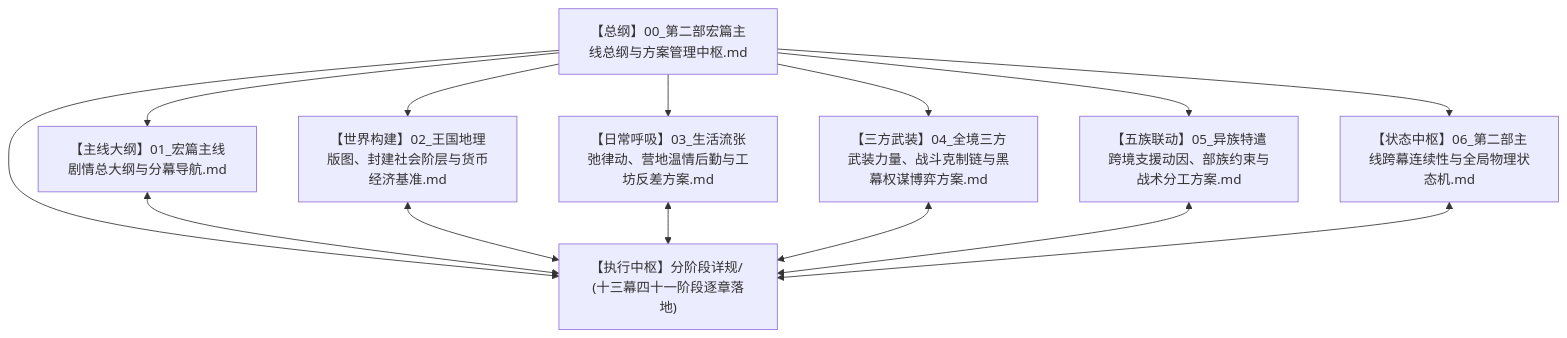
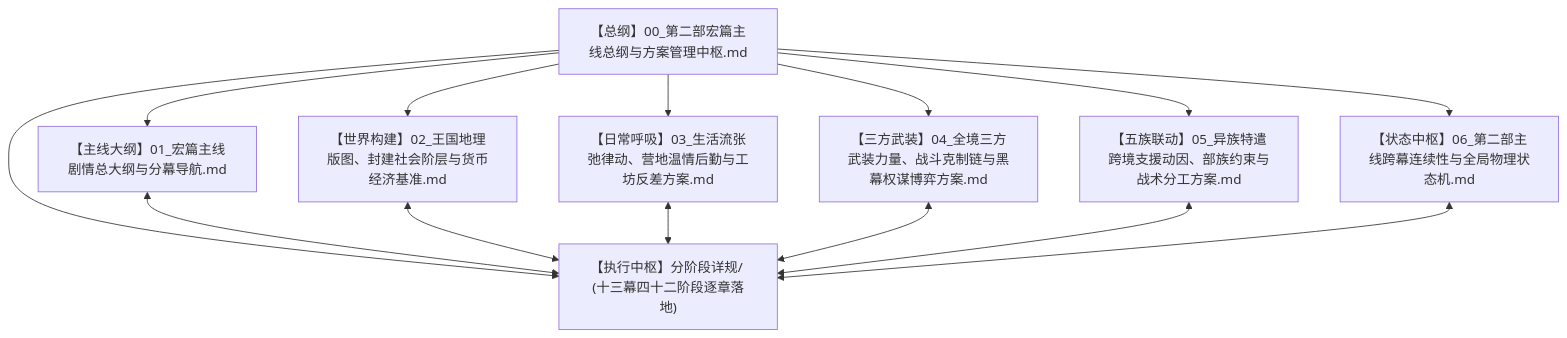
The first of 5 diagrams in 方案/第二部/主线与世界扩充方案/00_第二部宏篇主线总纲与方案管理中枢.md (soranokiseki1437/eldoria-worldbook), drawn with Mermaid before and after one commit. The commit also changed other lines of this file and 71 other files, not shown here.

````diff
--- a/方案/第二部/主线与世界扩充方案/00_第二部宏篇主线总纲与方案管理中枢.md
+++ b/方案/第二部/主线与世界扩充方案/00_第二部宏篇主线总纲与方案管理中枢.md
@@ -13,28 +13,28 @@
 ```mermaid
 graph TD
     Root["【总纲】00_第二部宏篇主线总纲与方案管理中枢.md"]
     
     Sub1["【主线大纲】01_宏篇主线剧情总大纲与分幕导航.md"]
     Sub2["【世界构建】02_王国地理版图、封建社会阶层与货币经济基准.md"]
     Sub3["【日常呼吸】03_生活流张弛律动、营地温情后勤与工坊反差方案.md"]
     Sub4["【三方武装】04_全境三方武装力量、战斗克制链与黑幕权谋博弈方案.md"]
     Sub5["【五族联动】05_异族特遣跨境支援动因、部族约束与战术分工方案.md"]
     Sub6["【状态中枢】06_第二部主线跨幕连续性与全局物理状态机.md"]
     
-    Stages["【执行中枢】分阶段详规/ (十三幕四十一阶段逐章落地)"]
+    Stages["【执行中枢】分阶段详规/ (十三幕四十二阶段逐章落地)"]
 
     Root --> Sub1
     Root --> Sub2
     Root --> Sub3
     Root --> Sub4
     Root --> Sub5
     Root --> Sub6
     Root --> Stages
 
     Sub1 <--> Stages
     Sub2 <--> Stages
     Sub3 <--> Stages
     Sub4 <--> Stages
     Sub5 <--> Stages
     Sub6 <--> Stages
 ```
````
